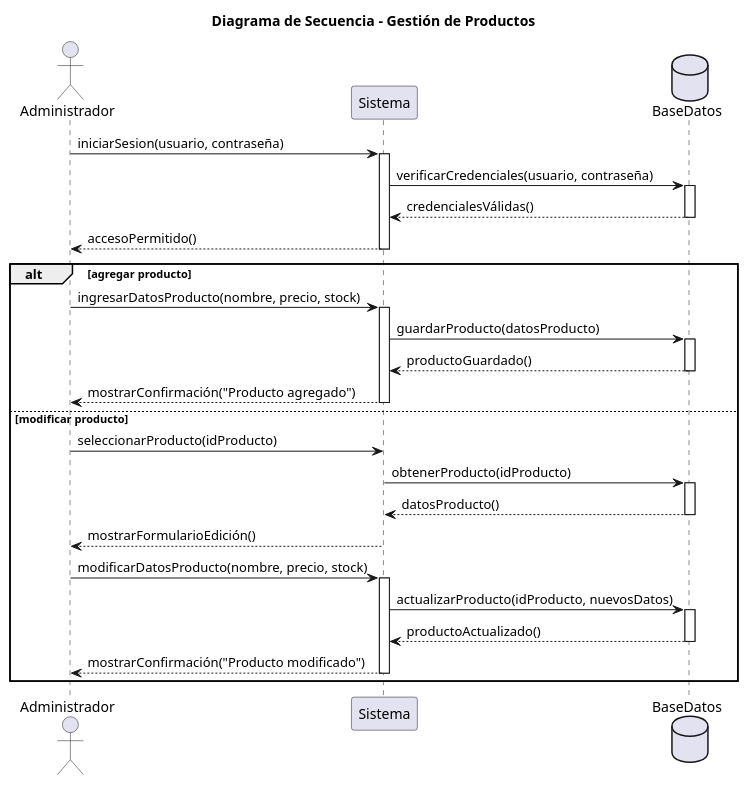
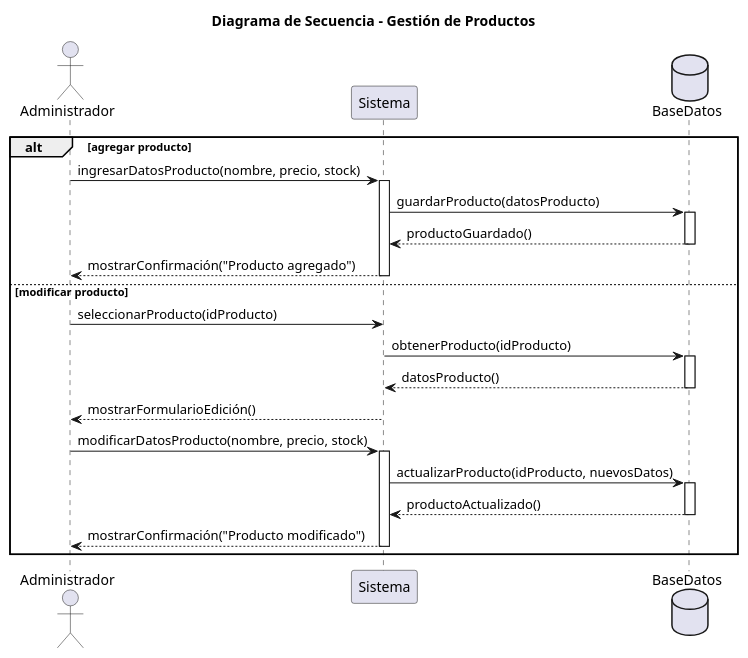
The diagram in Final_ing2/Diagrama_secuencia_Gonzalez_gestion_producto.puml (Luci1274/plant), drawn with PlantUML before and after one commit. The commit also changed 19 other files, not shown here.

```diff
--- a/Final_ing2/Diagrama_secuencia_Gonzalez_gestion_producto.puml
+++ b/Final_ing2/Diagrama_secuencia_Gonzalez_gestion_producto.puml
@@ -1,45 +1,36 @@
 @startuml
 title Diagrama de Secuencia - Gestión de Productos
 
 actor Administrador
 participant Sistema
 database BaseDatos
 
 ' === Flujo principal ===
-Administrador -> Sistema : iniciarSesion(usuario, contraseña)
-activate Sistema
-Sistema -> BaseDatos : verificarCredenciales(usuario, contraseña)
-activate BaseDatos
-BaseDatos --> Sistema : credencialesVálidas()
-deactivate BaseDatos
-Sistema --> Administrador : accesoPermitido()
-deactivate Sistema
-
 alt agregar producto
   Administrador -> Sistema : ingresarDatosProducto(nombre, precio, stock)
   activate Sistema
   Sistema -> BaseDatos : guardarProducto(datosProducto)
   activate BaseDatos
   BaseDatos --> Sistema : productoGuardado()
   deactivate BaseDatos
   Sistema --> Administrador : mostrarConfirmación("Producto agregado")
   deactivate Sistema
 else modificar producto
   Administrador -> Sistema : seleccionarProducto(idProducto)
   Sistema -> BaseDatos : obtenerProducto(idProducto)
   activate BaseDatos
   BaseDatos --> Sistema : datosProducto()
   deactivate BaseDatos
   Sistema --> Administrador : mostrarFormularioEdición()
   
   Administrador -> Sistema : modificarDatosProducto(nombre, precio, stock)
   activate Sistema
   Sistema -> BaseDatos : actualizarProducto(idProducto, nuevosDatos)
   activate BaseDatos
   BaseDatos --> Sistema : productoActualizado()
   deactivate BaseDatos
   Sistema --> Administrador : mostrarConfirmación("Producto modificado")
   deactivate Sistema
 end
 
 @enduml
```
